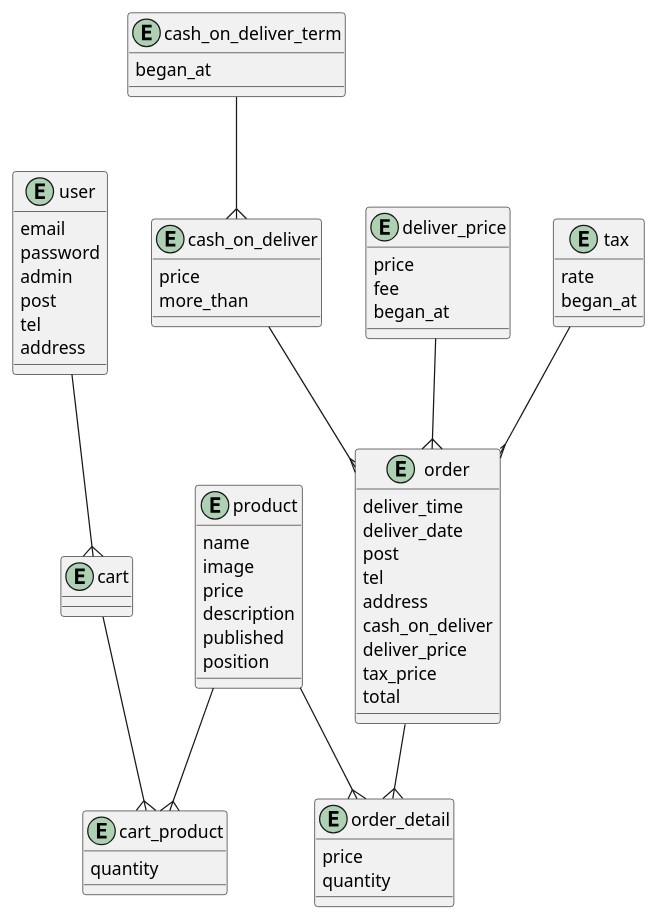
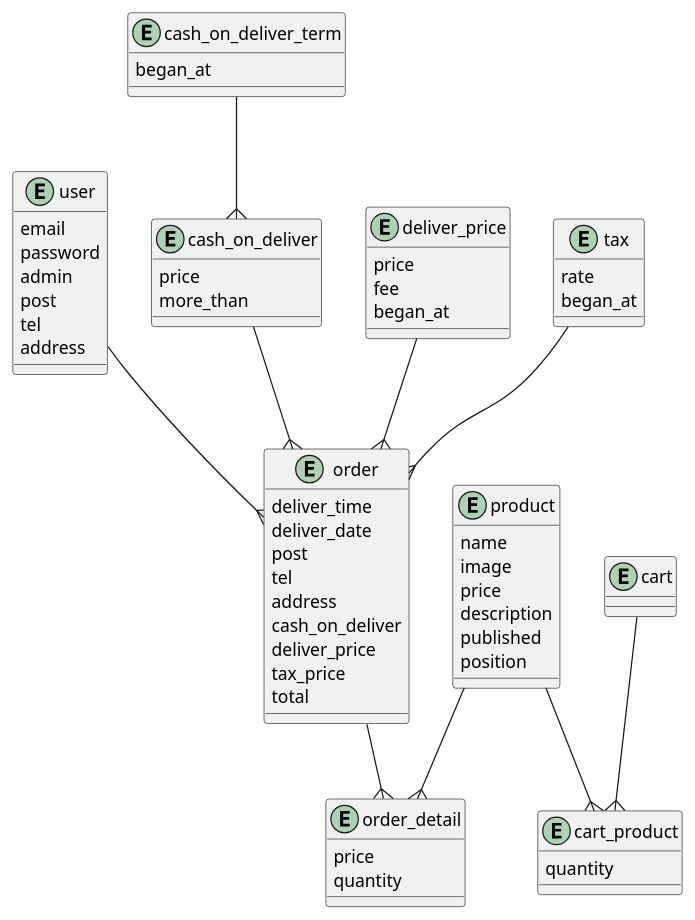
The diagram in er.puml (kenchiki/rails-example-ec2), drawn with PlantUML before and after one commit. The commit also changed 5 other files, not shown here.

```diff
--- a/er.puml
+++ b/er.puml
@@ -1,75 +1,75 @@
 @startuml
 
 entity "user" {
   email
   password
   admin
   post
   tel
   address
 }
 
 entity "cash_on_deliver" {
   price
   more_than
 }
 
 entity "cash_on_deliver_term" {
   began_at
 }
 
 entity "deliver_price" {
   price
   fee
   began_at
 }
 
 entity "tax" {
   rate
   began_at
 }
 
 entity "cart" {
 }
 
 entity "cart_product" {
   quantity
 }
 
 entity "order" {
   deliver_time
   deliver_date
   post
   tel
   address
   cash_on_deliver
   deliver_price
   tax_price
   total
 }
 
 entity "order_detail" {
   price
   quantity
 }
 
 entity "product" {
   name
   image
   price
   description
   published
   position
 }
 
 cash_on_deliver_term--{cash_on_deliver
 tax--{order
 cart--{cart_product
 deliver_price--{order
 product--{cart_product
 cash_on_deliver--{order
-user--{cart
+user--{order
 order--{order_detail
 product--{order_detail
 
 @enduml
```
